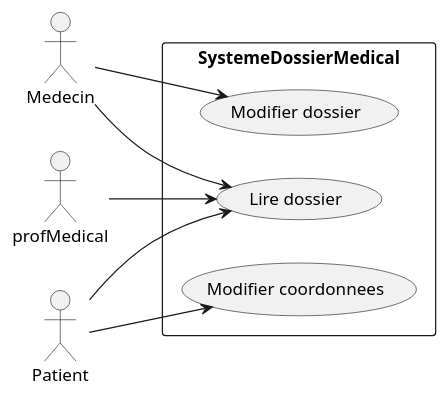
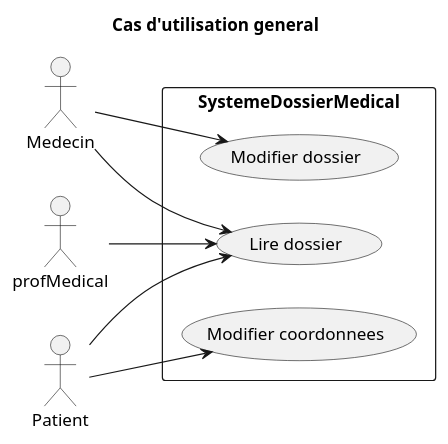
The diagram in casUtilisationGeneral.puml (vbrayuqam/projet-genielog), drawn with PlantUML before and after one commit. The commit also changed 6 other files, not shown here.

```diff
--- a/casUtilisationGeneral.puml
+++ b/casUtilisationGeneral.puml
@@ -1,22 +1,23 @@
 @startuml casUtilisationGeneral
 
+title Cas d'utilisation general
 
 left to right direction
 actor "Medecin" as m
 actor Patient as p
 actor profMedical as pm
 rectangle SystemeDossierMedical {
   usecase "Lire dossier" as UC1
   usecase "Modifier coordonnees" as UC2
   usecase "Modifier dossier" as UC3
 }
 m --> UC1
 m --> UC3
 
 p --> UC1
 p --> UC2
 
 pm --> UC1
 
 
 @enduml
```
